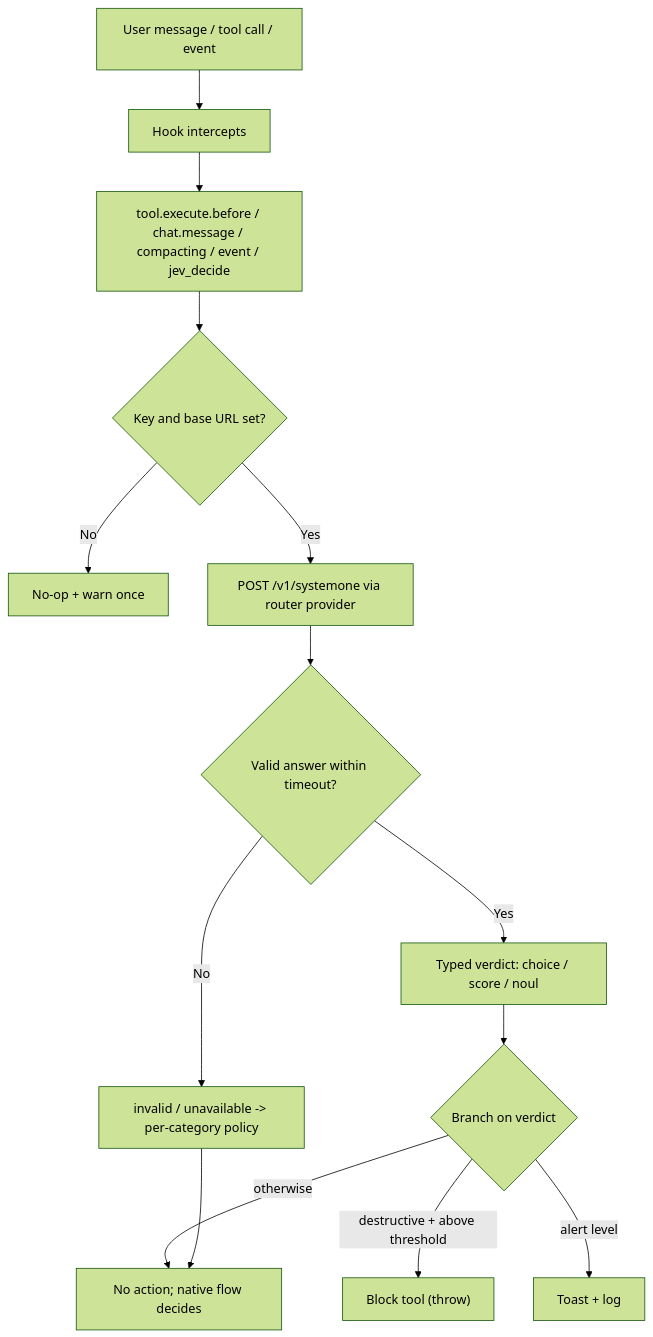
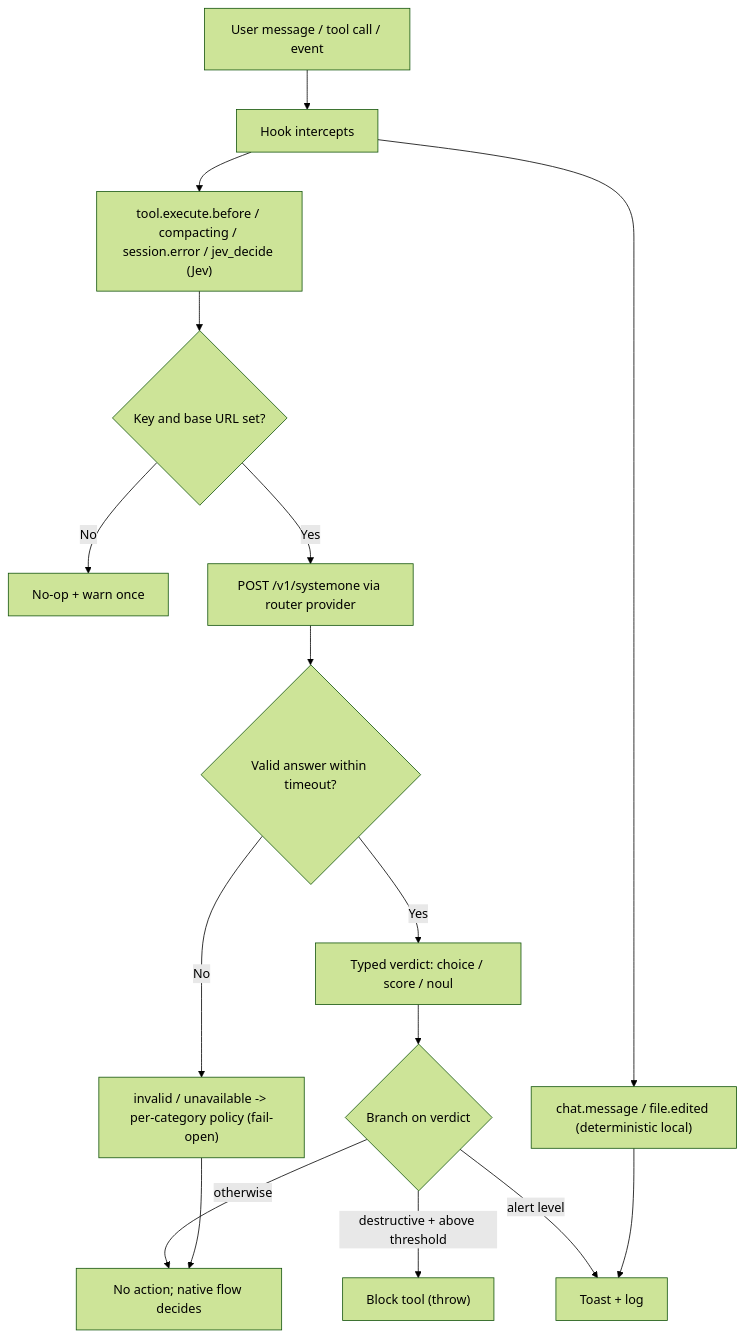
Before and after one commit to vheins/opencode-jev: the first of 2 diagrams in README.md, drawn with Mermaid (forest theme). The commit also changed other lines of this file and 1 other file, not shown here.

Commit message:
📝 docs: document timeout budget and deterministic file/route checks
- Reduce redundant JEV calls via measured cache/dedup (keep all triggers)
  README and .env.example document timeoutMs / JEV_TIMEOUT_MS (default
  3000ms), the no-retry blocking path, fail-open behavior, and the
  demotion of chat.message and file.edited to deterministic local checks.

closes FEAT-7

````diff
--- a/README.md
+++ b/README.md
@@ -17,16 +17,18 @@
 ```mermaid
 flowchart TD
   A["User message / tool call / event"] --> B["Hook intercepts"]
-  B --> C["tool.execute.before / chat.message / compacting / event / jev_decide"]
-  C --> D{"Key and base URL set?"}
-  D -->|No| E["No-op + warn once"]
-  D -->|Yes| F["POST /v1/systemone via router provider"]
-  F --> G{"Valid answer within timeout?"}
-  G -->|No| H["invalid / unavailable -> per-category policy"]
-  G -->|Yes| I["Typed verdict: choice / score / noul"]
-  I --> J{"Branch on verdict"}
-  J -->|destructive + above threshold| K["Block tool (throw)"]
-  J -->|alert level| L["Toast + log"]
-  J -->|otherwise| M["No action; native flow decides"]
-  H --> M
+  B --> C["tool.execute.before / compacting / session.error / jev_decide (Jev)"]
+  B --> D["chat.message / file.edited (deterministic local)"]
+  C --> E{"Key and base URL set?"}
+  E -->|No| F["No-op + warn once"]
+  E -->|Yes| G["POST /v1/systemone via router provider"]
+  G --> H{"Valid answer within timeout?"}
+  H -->|No| I["invalid / unavailable -> per-category policy (fail-open)"]
+  H -->|Yes| J["Typed verdict: choice / score / noul"]
+  J --> K{"Branch on verdict"}
+  K -->|destructive + above threshold| L["Block tool (throw)"]
+  K -->|alert level| M["Toast + log"]
+  K -->|otherwise| N["No action; native flow decides"]
+  I --> N
+  D --> M
 ```
````
